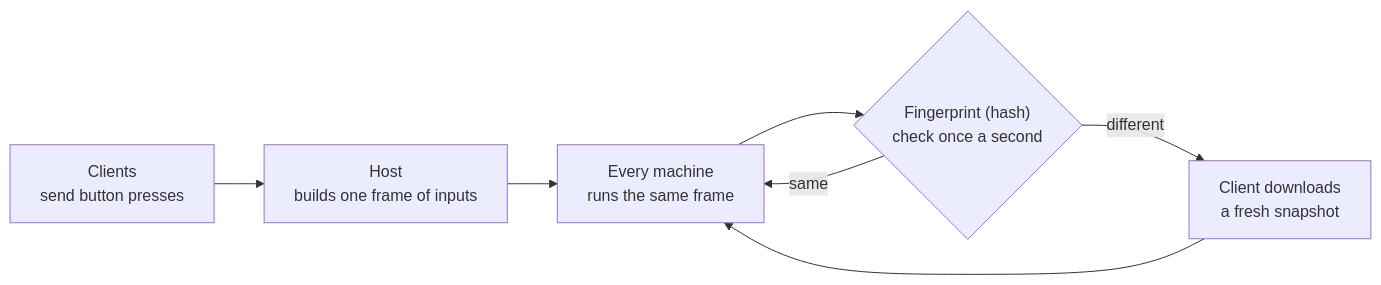
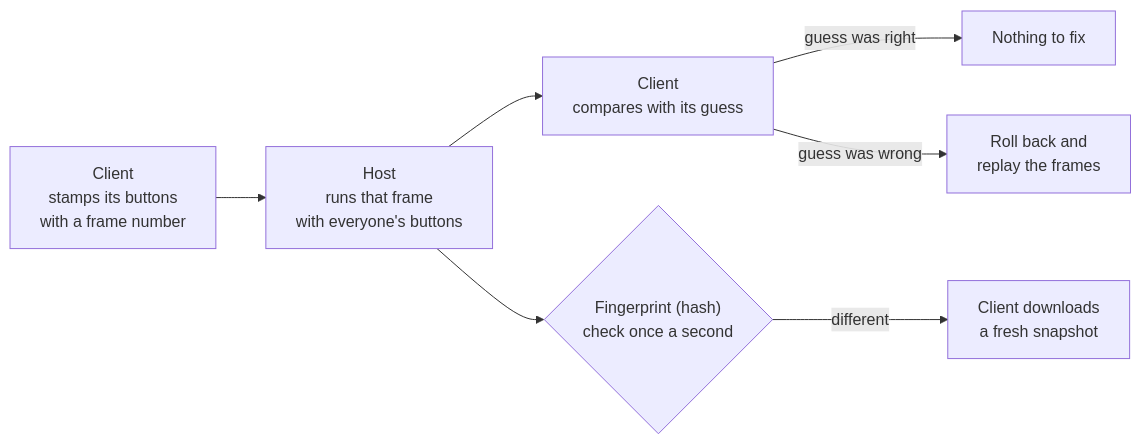
The second of 2 diagrams in docs/HOW_THE_MOD_WORKS.md (inputloop/fourSwordsFromThePast), drawn with Mermaid before and after one commit. The commit also changed other lines of this file, not shown here.

````diff
--- a/docs/HOW_THE_MOD_WORKS.md
+++ b/docs/HOW_THE_MOD_WORKS.md
@@ -125,9 +130,9 @@
 ```mermaid
 flowchart LR
-    C["Clients<br/>send button presses"] --> H["Host<br/>builds one frame of inputs"]
-    H --> E["Every machine<br/>runs the same frame"]
-    E --> F{"Fingerprint (hash)<br/>check once a second"}
-    F -- "same" --> E
+    C["Client<br/>stamps its buttons<br/>with a frame number"] --> H["Host<br/>runs that frame<br/>with everyone's buttons"]
+    H --> K["Client<br/>compares with its guess"]
+    K -- "guess was right" --> OK["Nothing to fix"]
+    K -- "guess was wrong" --> RB["Roll back and<br/>replay the frames"]
+    H --> F{"Fingerprint (hash)<br/>check once a second"}
     F -- "different" --> R["Client downloads<br/>a fresh snapshot"]
-    R --> E
 ```
````
